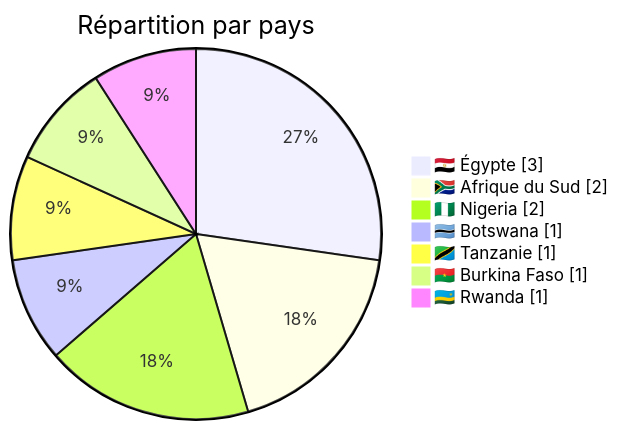
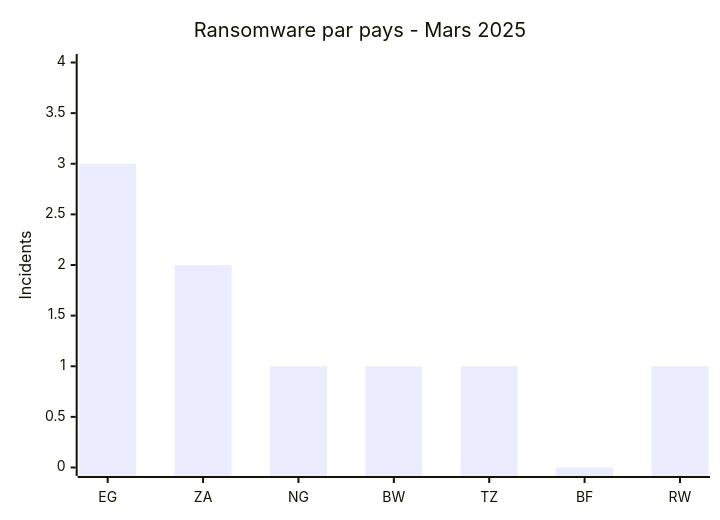
Before and after one commit to Hatchepsoute/AFRINTEL: the third of 7 diagrams in CyberAttackAfrica/2025/03-march/README_FR.md, drawn with Mermaid. The commit also changed other lines of this file and 7 other files, not shown here.

````diff
--- a/CyberAttackAfrica/2025/03-march/README_FR.md
+++ b/CyberAttackAfrica/2025/03-march/README_FR.md
@@ -85,11 +99,7 @@
 ```mermaid
-pie showData
-    title Répartition par pays
-    "🇪🇬 Égypte" : 3
-    "🇿🇦 Afrique du Sud" : 2
-    "🇳🇬 Nigeria" : 2
-    "🇧🇼 Botswana" : 1
-    "🇹🇿 Tanzanie" : 1
-    "🇧🇫 Burkina Faso" : 1
-    "🇷🇼 Rwanda" : 1
+xychart-beta
+    title "Ransomware par pays - Mars 2025"
+    x-axis ["EG", "ZA", "NG", "BW", "TZ", "BF", "RW"]
+    y-axis "Incidents" 0 --> 4
+    bar [3, 2, 1, 1, 1, 0, 1]
 ```
````
